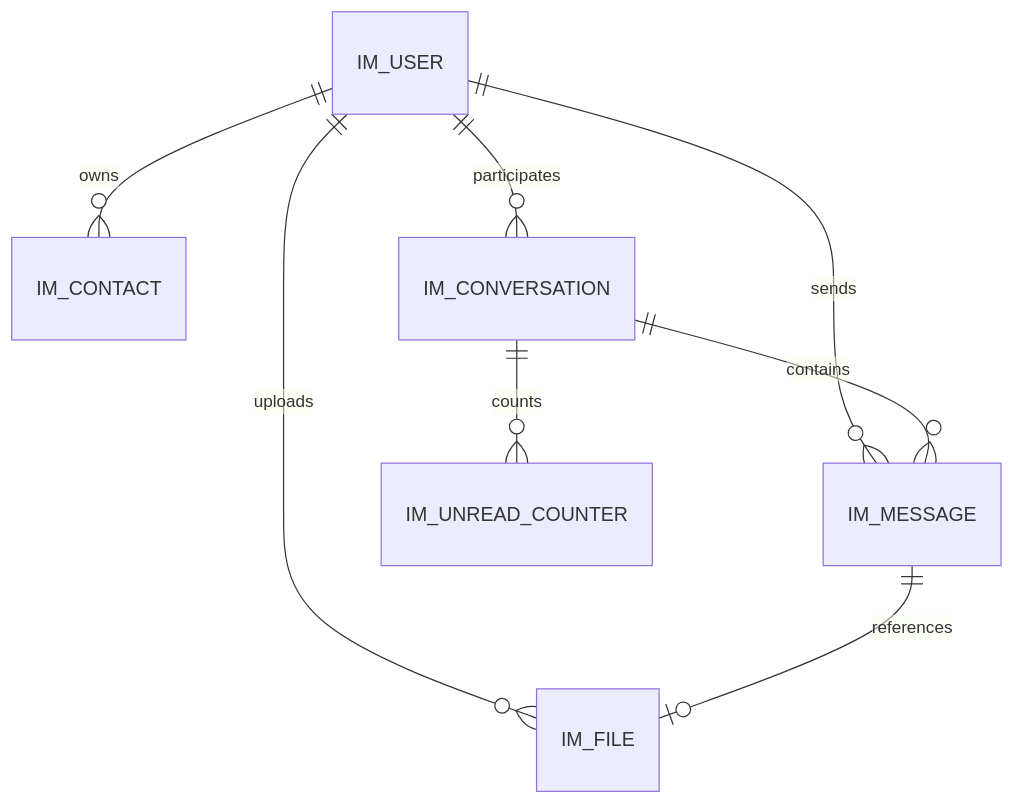
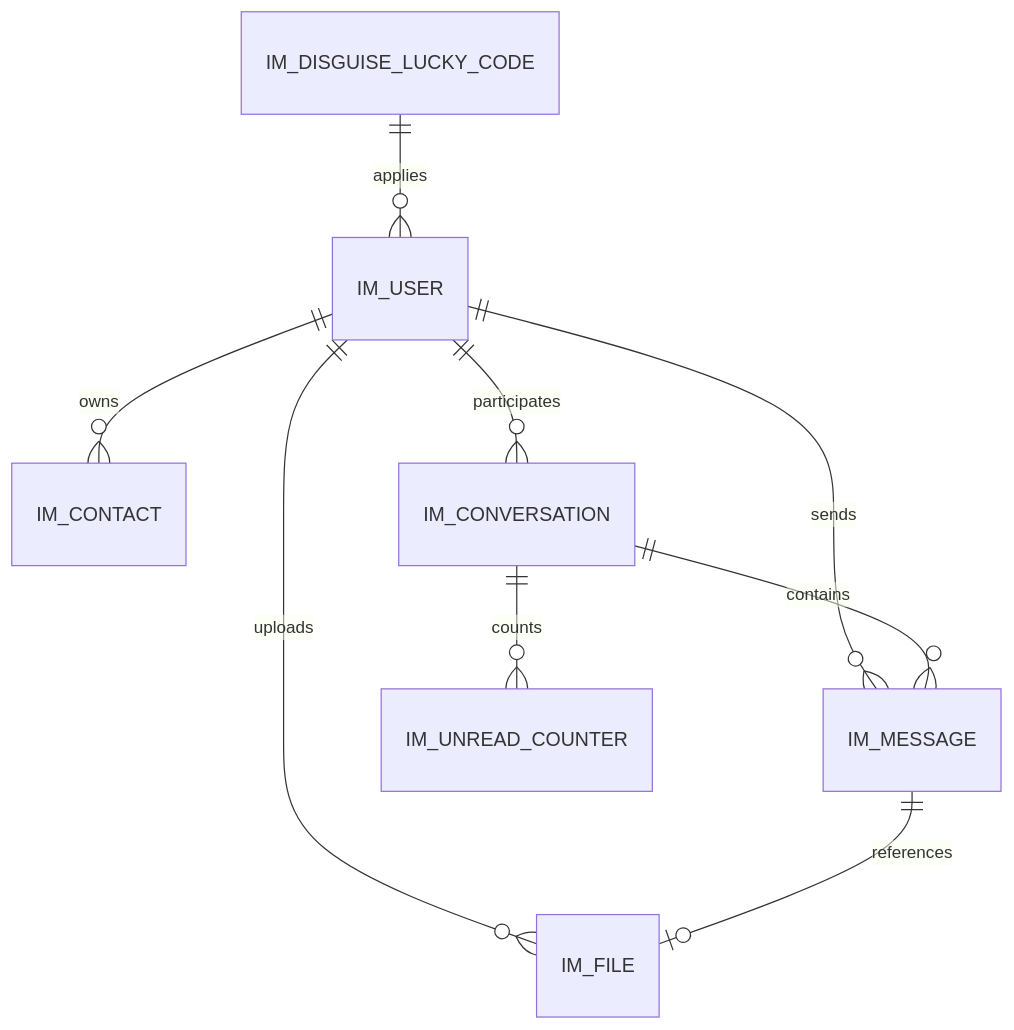
One commit to comeonreader/HideChat changed the diagram in docs/database/数据库字段设计文档 v1.0.md. Above: the diagram before and after it, drawn with Mermaid. The commit also changed other lines of this file and 89 other files, not shown here.

````diff
--- a/docs/database/数据库字段设计文档 v1.0.md
+++ b/docs/database/数据库字段设计文档 v1.0.md
@@ -67,11 +65,12 @@
 ```mermaid
 erDiagram
 
     IM_USER ||--o{ IM_CONTACT : owns
     IM_USER ||--o{ IM_CONVERSATION : participates
     IM_USER ||--o{ IM_MESSAGE : sends
     IM_USER ||--o{ IM_FILE : uploads
+    IM_DISGUISE_LUCKY_CODE ||--o{ IM_USER : applies
     IM_CONVERSATION ||--o{ IM_MESSAGE : contains
     IM_CONVERSATION ||--o{ IM_UNREAD_COUNTER : counts
     IM_MESSAGE ||--o| IM_FILE : references
 ```
````
